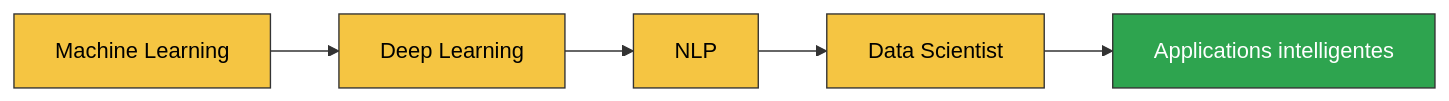
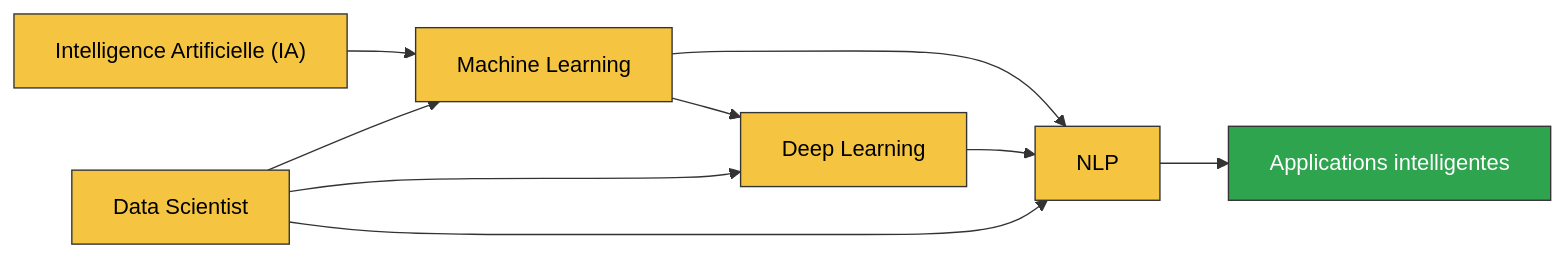
Before and after one commit to binetouwahab/binetouwahab: the diagram in README.md, drawn with Mermaid.

````diff
--- a/README.md
+++ b/README.md
@@ -224,12 +224,19 @@
 ```mermaid
 flowchart LR
-    A["Machine Learning"] --> B["Deep Learning"]
-    B --> C["NLP"]
-    C --> D["Data Scientist"]
+    A["Intelligence Artificielle (IA)"] --> B["Machine Learning"]
+    B --> C["Deep Learning"]
+    B --> D["NLP"]
+    C --> D
     D --> E["Applications intelligentes"]
+
+    F["Data Scientist"] --> B
+    F --> C
+    F --> D
+
     style A fill:#F5C542,stroke:#333,color:#000
     style B fill:#F5C542,stroke:#333,color:#000
     style C fill:#F5C542,stroke:#333,color:#000
     style D fill:#F5C542,stroke:#333,color:#000
     style E fill:#2ea44f,stroke:#333,color:#fff
+    style F fill:#F5C542,stroke:#333,color:#000
 ```
````
